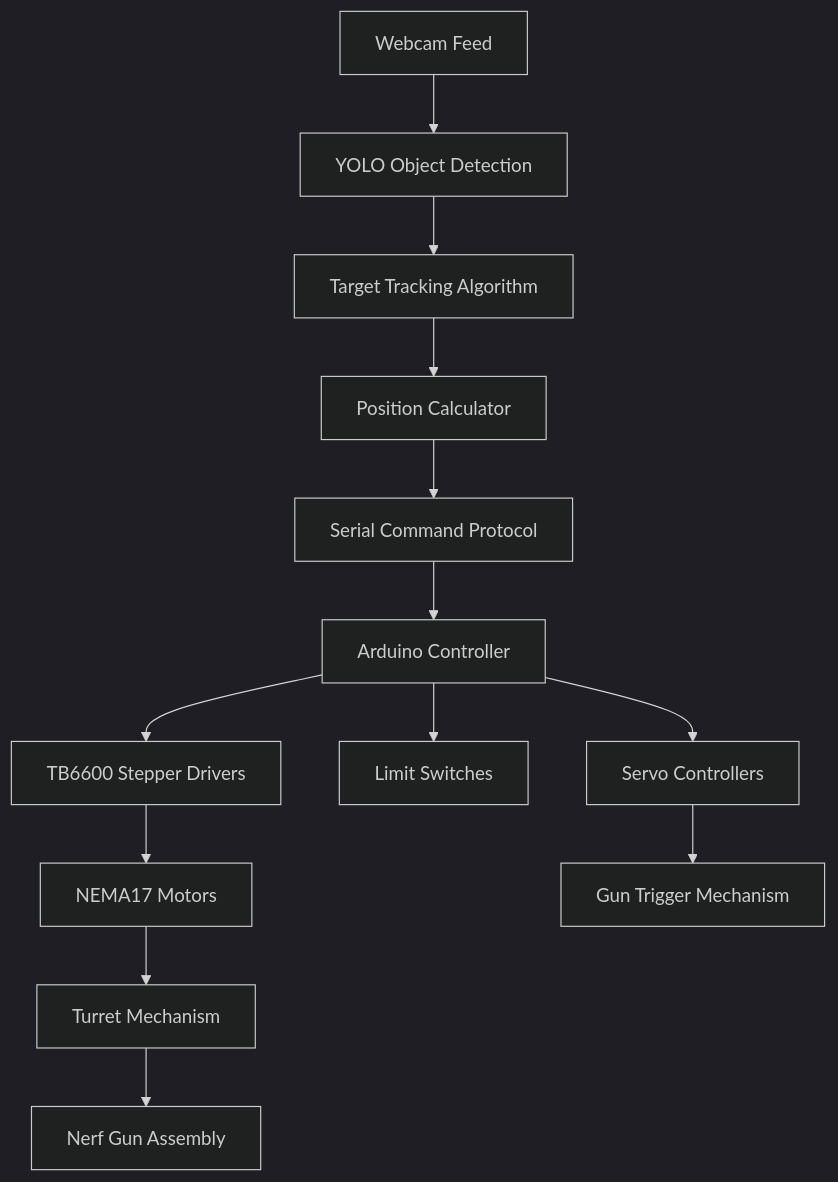
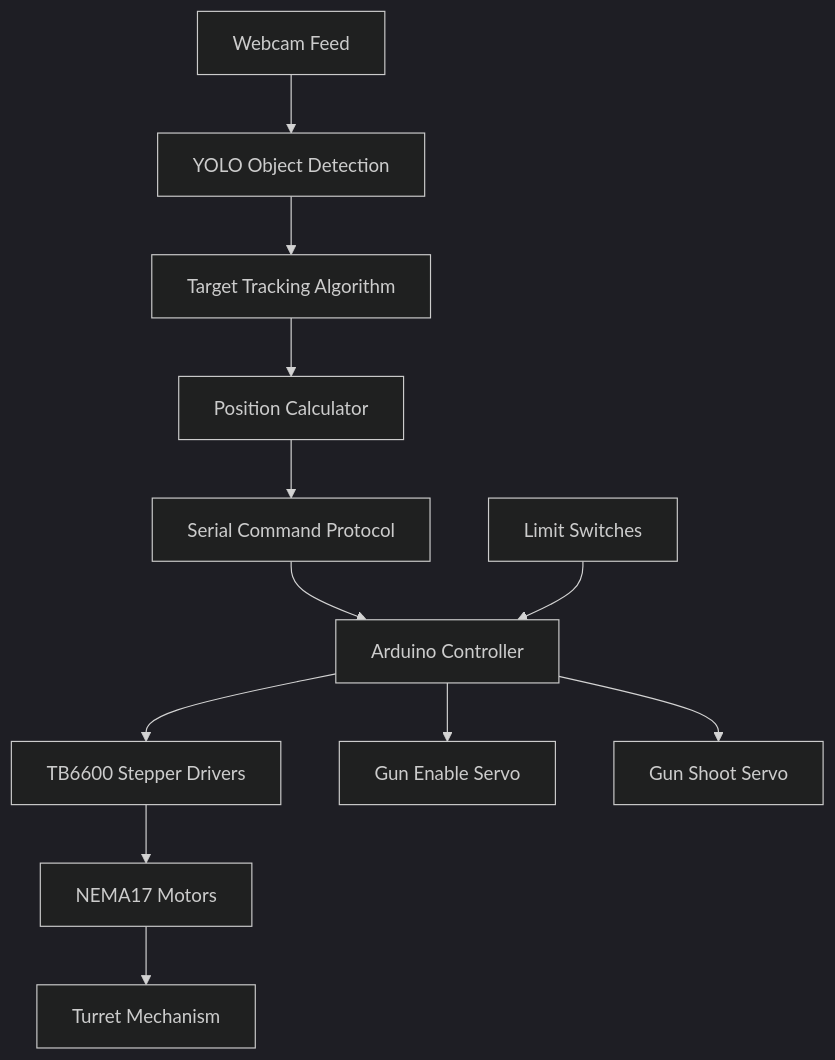
The diagram in README.md (hmolavi/autonomous_nerf_turret), drawn with Mermaid (dark theme) before and after one commit.

Commit message:
Update mermaid diagram

````diff
--- a/README.md
+++ b/README.md
@@ -59,16 +59,15 @@
 ```mermaid
 graph TB
     A[Webcam Feed] --> B[YOLO Object Detection]
     B --> C[Target Tracking Algorithm]
     C --> D[Position Calculator]
     D --> E[Serial Command Protocol]
     E --> F[Arduino Controller]
     F --> G[TB6600 Stepper Drivers]
     G --> H[NEMA17 Motors]
     H --> I[Turret Mechanism]
-    I --> J[Nerf Gun Assembly]
 
-    F --> K[Limit Switches]
-    F --> L[Servo Controllers]
-    L --> M[Gun Trigger Mechanism]
+    K[Limit Switches] --> F
+    F --> L[Gun Enable Servo]
+    F --> M[Gun Shoot Servo]
 ```
````
